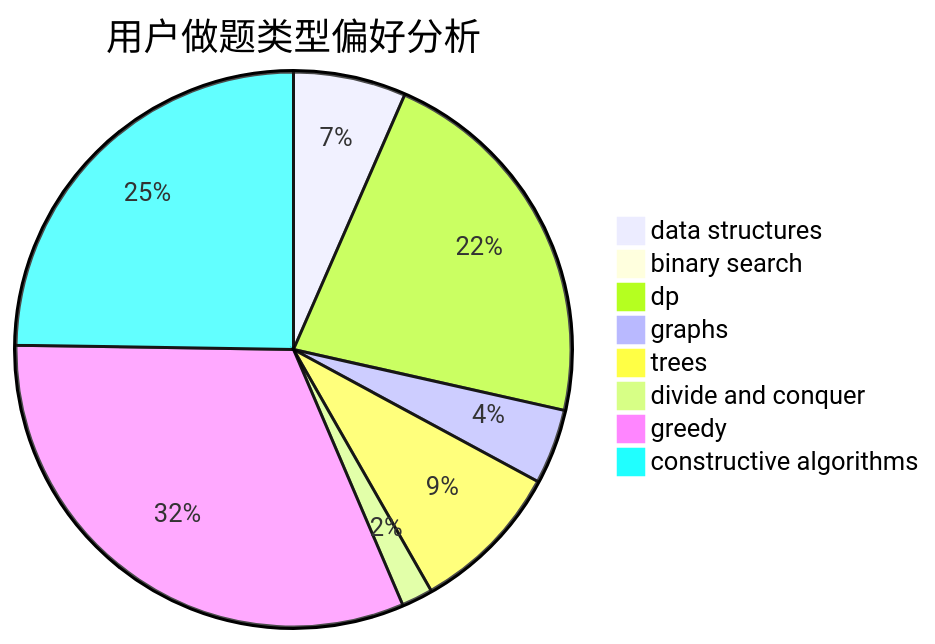
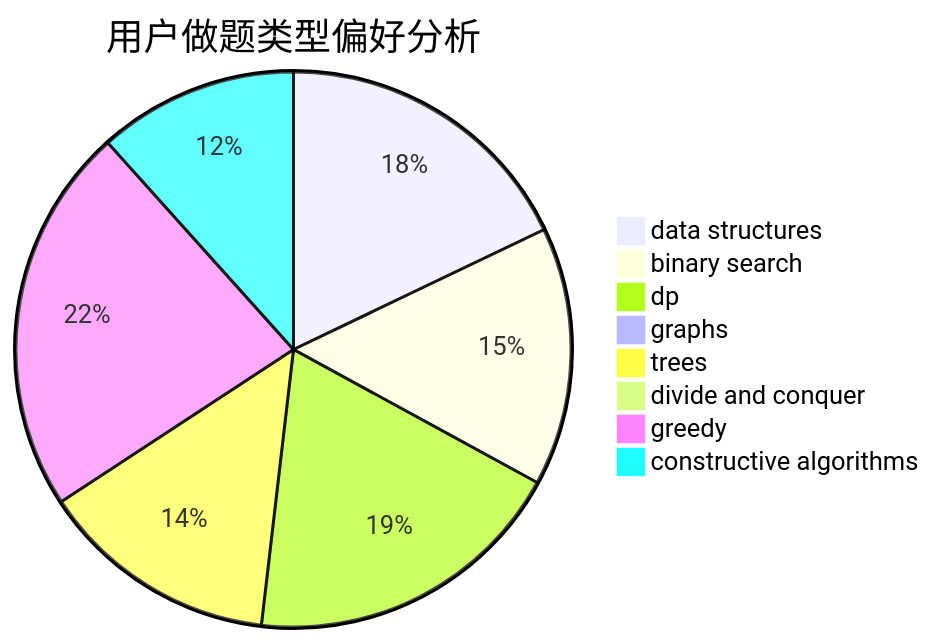
Before and after one commit to sherpahu/cfrs.github.io: the second of 3 diagrams in docs/user/u1358.md, drawn with Mermaid. The commit also changed other lines of this file and 2770 other files, not shown here.

````diff
--- a/docs/user/u1358.md
+++ b/docs/user/u1358.md
@@ -23,11 +23,11 @@
 ```mermaid
 pie title 用户做题类型偏好分析
-    "data structures" :  54
-    "binary search" :  4
-    "dp" :  181
-    "graphs" :  36
-    "trees" :  73
-    "divide and conquer" :  15
-    "greedy" :  261
-    "constructive algorithms" :  204
+    "data structures" :  126
+    "binary search" :  106
+    "dp" :  133
+    "graphs" :  7
+    "trees" :  98
+    "divide and conquer" :  0
+    "greedy" :  159
+    "constructive algorithms" :  82
 ```
````
